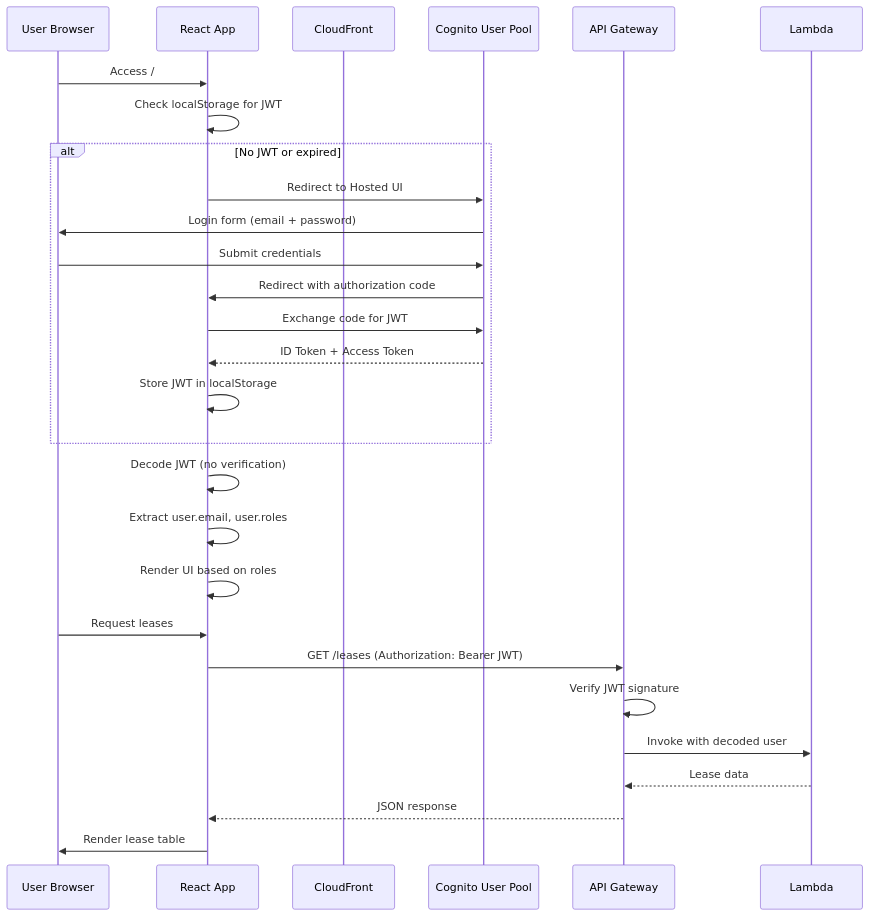
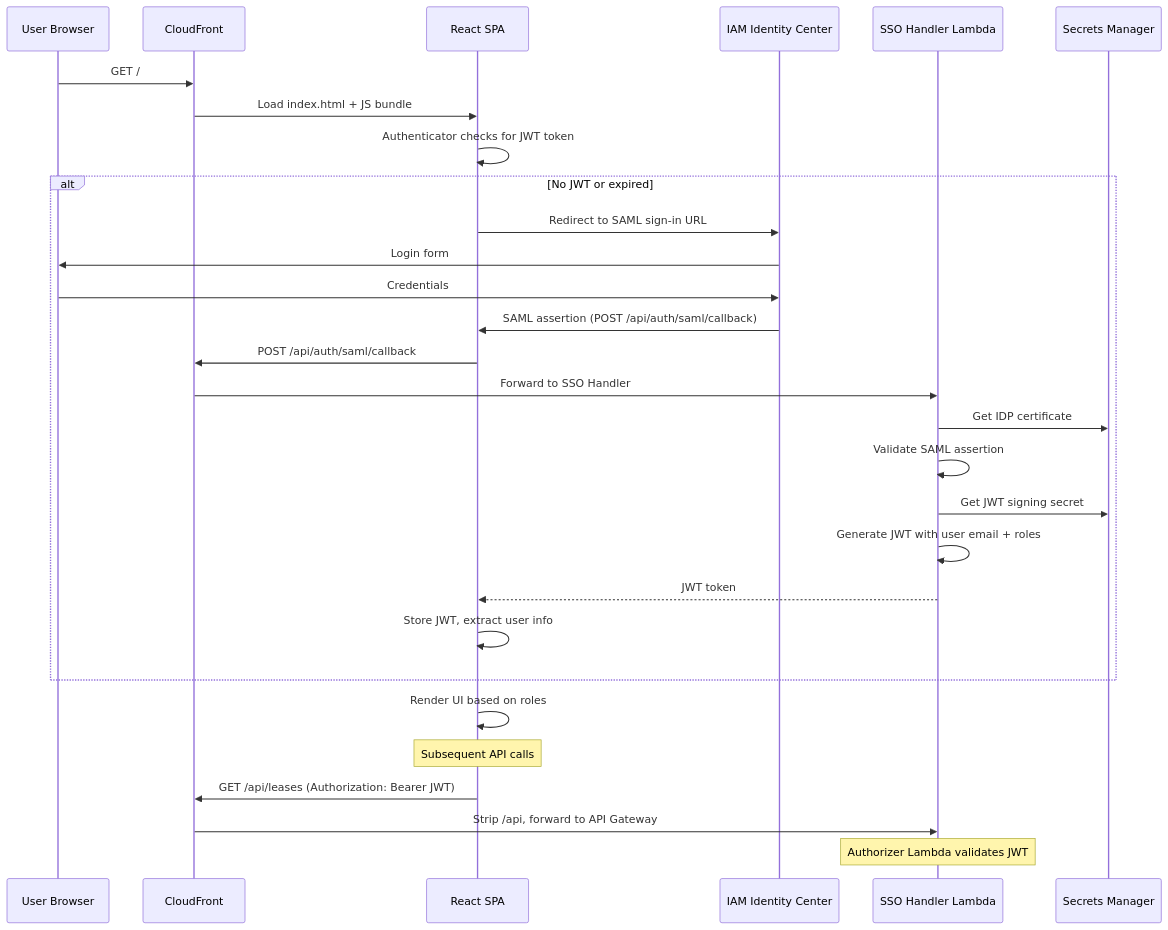
The second of 3 diagrams in docs/12-isb-frontend.md (co-cddo/ndx-try-arch), drawn with Mermaid before and after one commit. The commit also changed other lines of this file and 41 other files, not shown here.

First line of the commit message:
docs: update NDX architecture documentation (#9)

````diff
--- a/docs/12-isb-frontend.md
+++ b/docs/12-isb-frontend.md
@@ -361,34 +232,35 @@
 ```mermaid
 sequenceDiagram
-    participant USER as User Browser
-    participant APP as React App
+    participant Browser as User Browser
     participant CF as CloudFront
-    participant COGNITO as Cognito User Pool
-    participant APIGW as API Gateway
-    participant LAMBDA as Lambda
+    participant App as React SPA
+    participant IDC as IAM Identity Center
+    participant SSO as SSO Handler Lambda
+    participant SM as Secrets Manager
 
-    USER->>APP: Access /
-    APP->>APP: Check localStorage for JWT
+    Browser->>CF: GET /
+    CF->>App: Load index.html + JS bundle
 
+    App->>App: Authenticator checks for JWT token
     alt No JWT or expired
-        APP->>COGNITO: Redirect to Hosted UI
-        COGNITO->>USER: Login form (email + password)
-        USER->>COGNITO: Submit credentials
-        COGNITO->>APP: Redirect with authorization code
-        APP->>COGNITO: Exchange code for JWT
-        COGNITO-->>APP: ID Token + Access Token
-        APP->>APP: Store JWT in localStorage
+        App->>IDC: Redirect to SAML sign-in URL
+        IDC->>Browser: Login form
+        Browser->>IDC: Credentials
+        IDC->>App: SAML assertion (POST /api/auth/saml/callback)
+        App->>CF: POST /api/auth/saml/callback
+        CF->>SSO: Forward to SSO Handler
+        SSO->>SM: Get IDP certificate
+        SSO->>SSO: Validate SAML assertion
+        SSO->>SM: Get JWT signing secret
+        SSO->>SSO: Generate JWT with user email + roles
+        SSO-->>App: JWT token
+        App->>App: Store JWT, extract user info
     end
 
-    APP->>APP: Decode JWT (no verification)
-    APP->>APP: Extract user.email, user.roles
-    APP->>APP: Render UI based on roles
+    App->>App: Render UI based on roles
 
-    USER->>APP: Request leases
-    APP->>APIGW: GET /leases (Authorization: Bearer JWT)
-    APIGW->>APIGW: Verify JWT signature
-    APIGW->>LAMBDA: Invoke with decoded user
-    LAMBDA-->>APIGW: Lease data
-    APIGW-->>APP: JSON response
-    APP->>USER: Render lease table
+    Note over App: Subsequent API calls
+    App->>CF: GET /api/leases (Authorization: Bearer JWT)
+    CF->>SSO: Strip /api, forward to API Gateway
+    Note over SSO: Authorizer Lambda validates JWT
 ```
````
